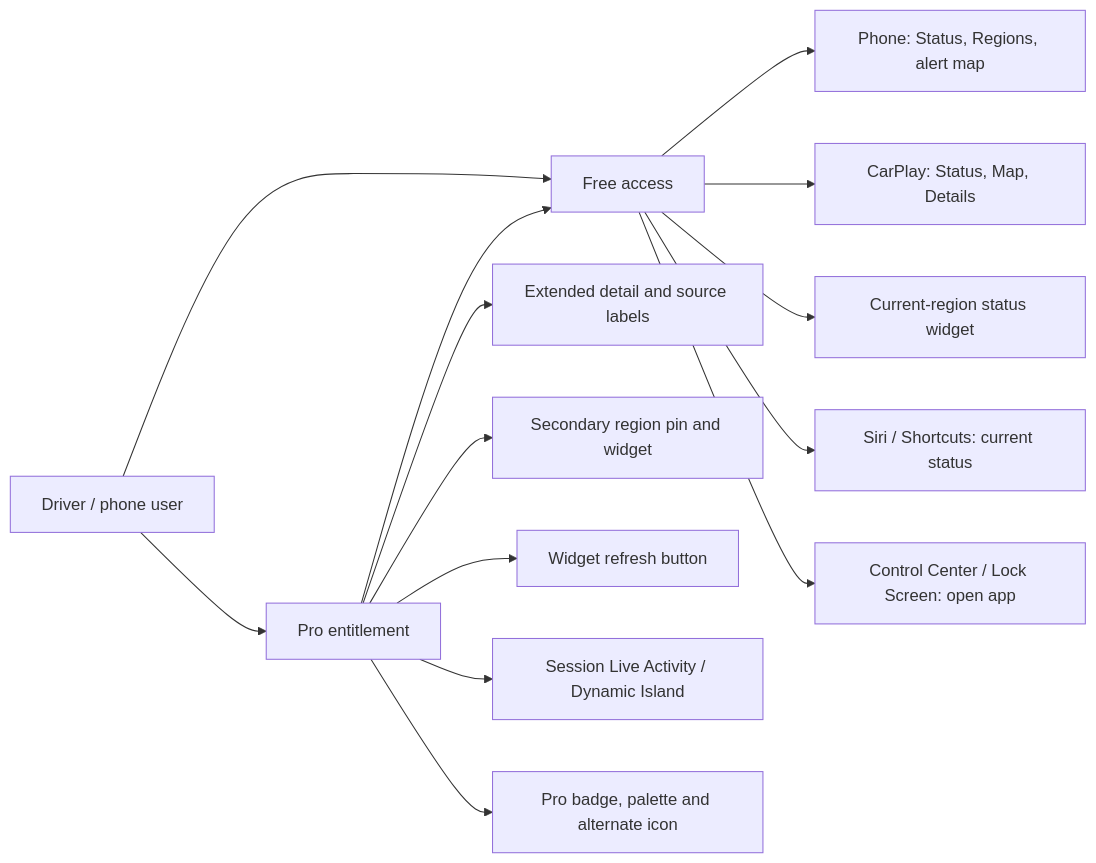
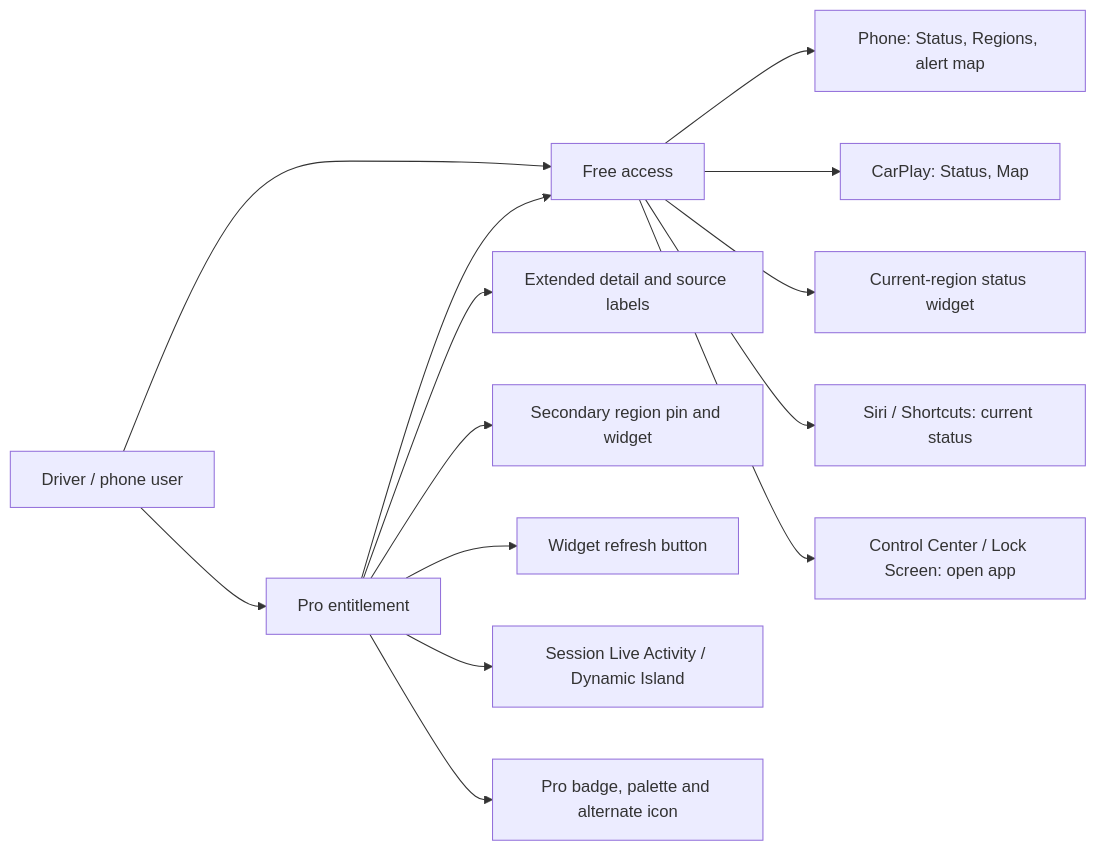
One commit to vil4max/regional-check changed the first of 3 diagrams in docs/engineering/project-map.md. Above: the diagram before and after it, drawn with Mermaid. The commit also changed other lines of this file and 4 other files, not shown here.

First line of the commit message:
docs: describe CarPlay as two tabs, Status and Map

````diff
--- a/docs/engineering/project-map.md
+++ b/docs/engineering/project-map.md
@@ -18,16 +18,16 @@
 ```mermaid
 flowchart LR
     User[Driver / phone user] --> Free[Free access]
     User --> Pro[Pro entitlement]
     Pro --> Free
     Free --> Phone[Phone: Status, Regions, alert map]
-    Free --> CP[CarPlay: Status, Map, Details]
+    Free --> CP[CarPlay: Status, Map]
     Free --> Widget[Current-region status widget]
     Free --> Siri[Siri / Shortcuts: current status]
     Free --> Control[Control Center / Lock Screen: open app]
     Pro --> Detail[Extended detail and source labels]
     Pro --> Secondary[Secondary region pin and widget]
     Pro --> Refresh[Widget refresh button]
     Pro --> Activity[Session Live Activity / Dynamic Island]
     Pro --> Appearance[Pro badge, palette and alternate icon]
 ```
````
